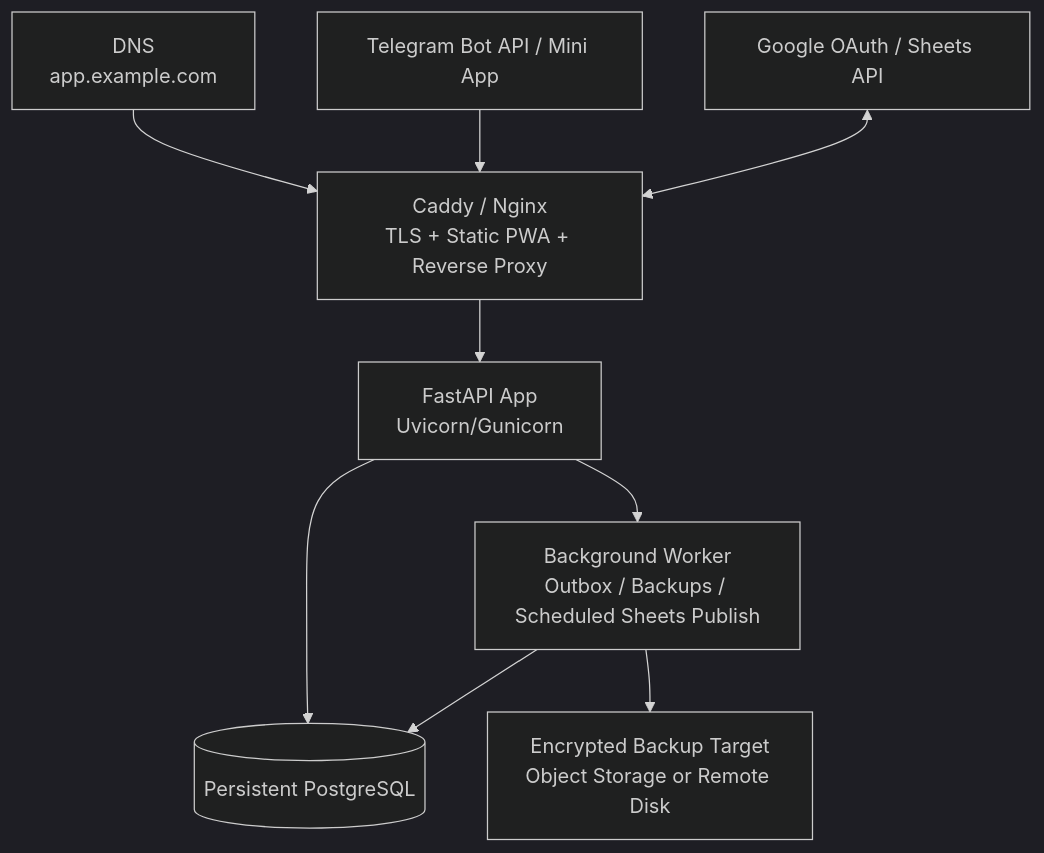
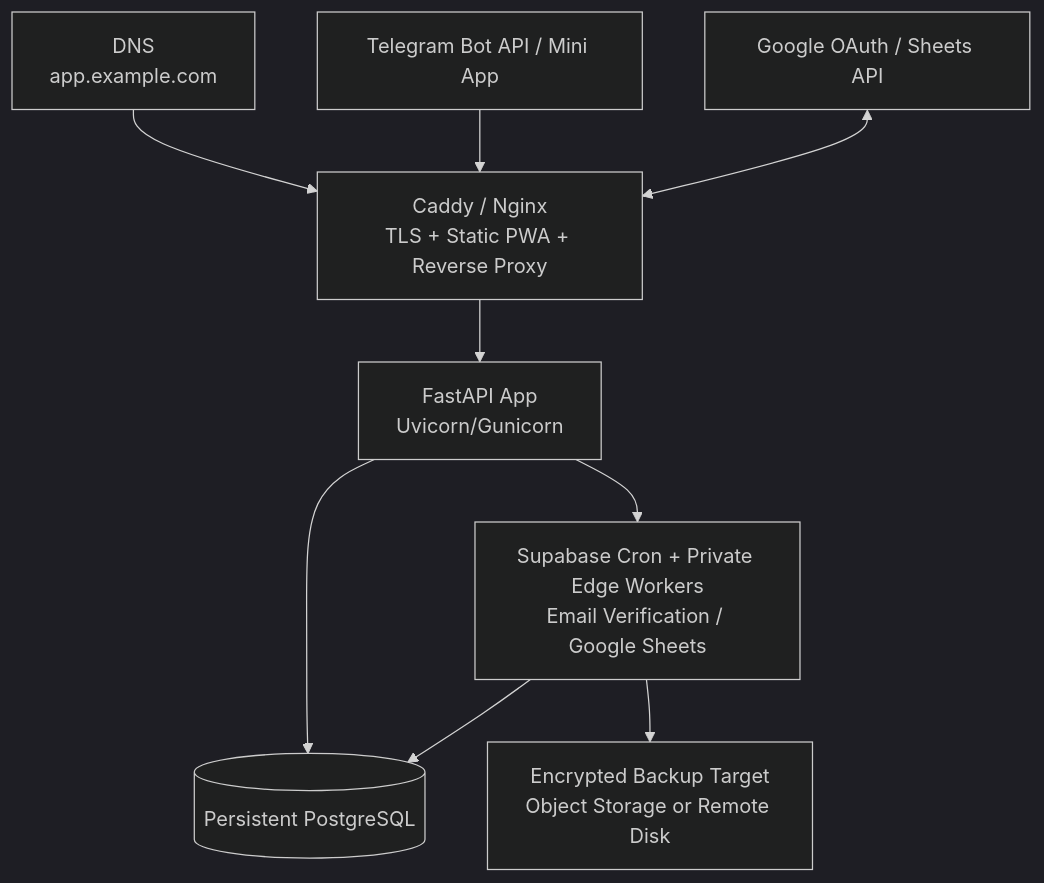
The ninth of 9 diagrams in architecture.md (qrtman/adaptive_lifting), drawn with Mermaid (dark theme) before and after one commit. The commit also changed other lines of this file and 25 other files, not shown here.

Commit message:
Migrate Telegram and Google Sheets integrations

````diff
--- a/architecture.md
+++ b/architecture.md
@@ -1444,11 +1444,11 @@
 ```mermaid
 graph TD
     DNS["DNS<br/>app.example.com"] --> Proxy["Caddy / Nginx<br/>TLS + Static PWA + Reverse Proxy"]
     Proxy --> API["FastAPI App<br/>Uvicorn/Gunicorn"]
     API --> DB[("Persistent PostgreSQL")]
-    API --> Worker["Background Worker<br/>Outbox / Backups / Scheduled Sheets Publish"]
+    API --> Worker["Supabase Cron + Private Edge Workers<br/>Email Verification / Google Sheets"]
     Worker --> DB
     Worker --> Backup["Encrypted Backup Target<br/>Object Storage or Remote Disk"]
     Telegram["Telegram Bot API / Mini App"] --> Proxy
     Google["Google OAuth / Sheets API"] <--> Proxy
 ```
````
